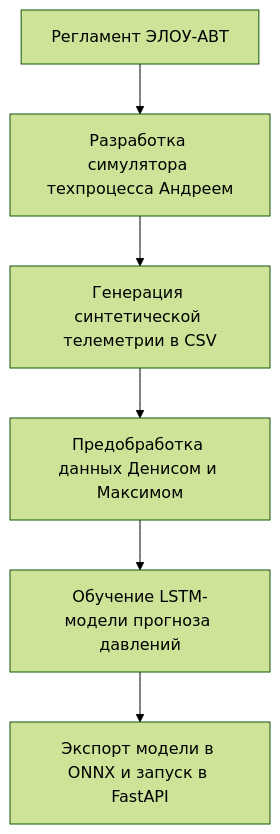
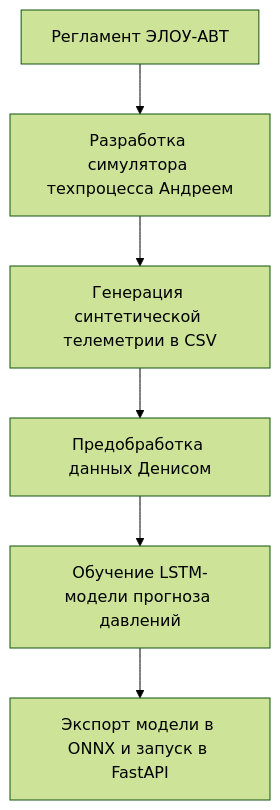
The diagram in docs/reference/event_insights.md (Arladnice/elou-avt-smart-tutor), drawn with Mermaid (forest theme) before and after one commit. The commit also changed 3 other files, not shown here.

````diff
--- a/docs/reference/event_insights.md
+++ b/docs/reference/event_insights.md
@@ -58,8 +58,8 @@
 ```mermaid
 graph TD
     A[Регламент ЭЛОУ-АВТ] --> B[Разработка симулятора техпроцесса Андреем]
     B --> C[Генерация синтетической телеметрии в CSV]
-    C --> D[Предобработка данных Денисом и Максимом]
+    C --> D[Предобработка данных Денисом]
     D --> E[Обучение LSTM-модели прогноза давлений]
     E --> F[Экспорт модели в ONNX и запуск в FastAPI]
 ```
````
